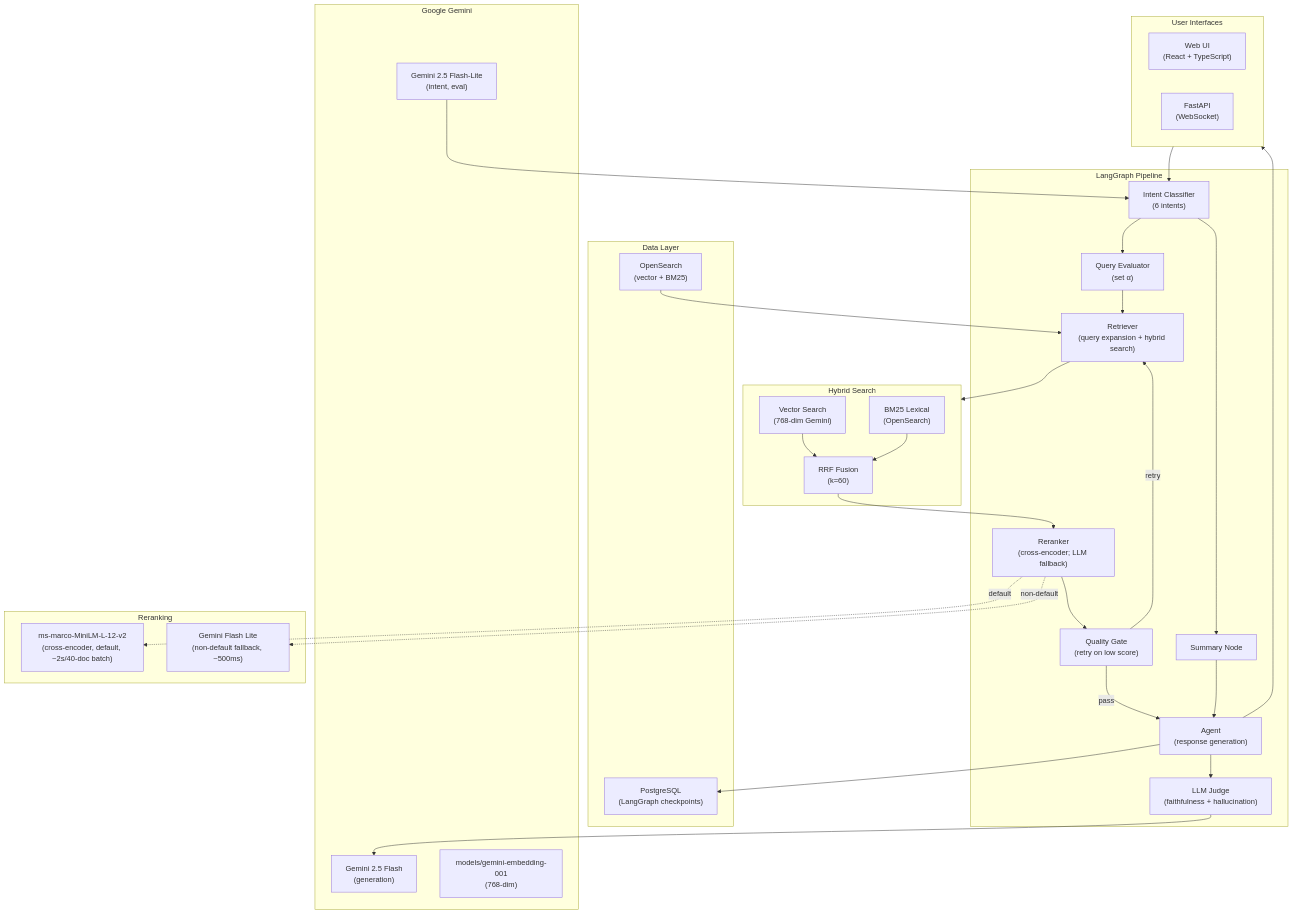
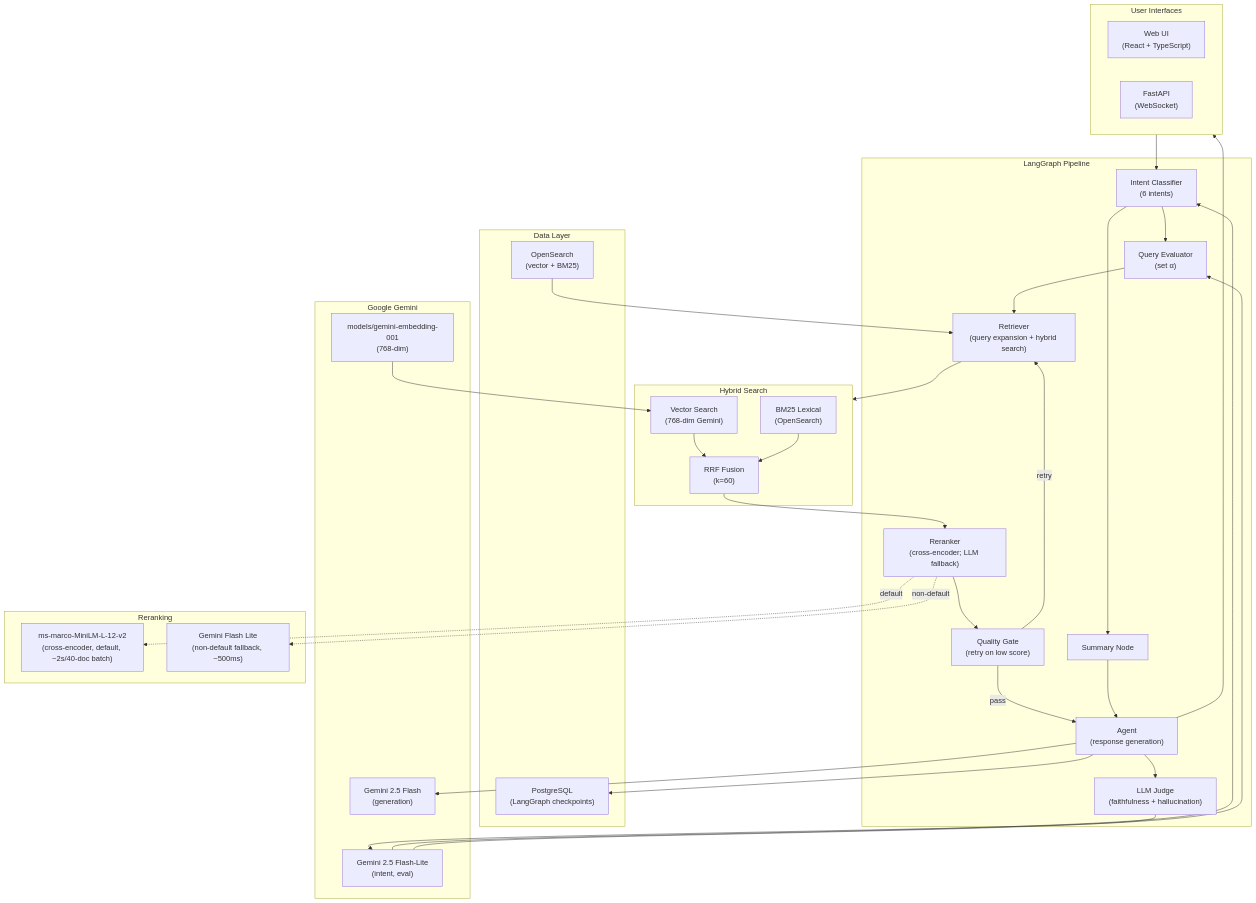
Before and after one commit to kmwtechnology/opensearch2026-agentic-search: the diagram in README.md, drawn with Mermaid.

Commit message:
Fix remaining model-wiring errors in the README's system diagram
JUDGE->LLM implied the LLM Judge uses the generation model; it actually
uses JUDGE_MODEL (gemini-2.5-flash-lite, same class as CLASSIFIER) per
quality/judge.py's LLMJudge default and pipeline_nodes.py:2430. Fixed to
JUDGE->CLASSIFIER, and added the AGENT->LLM edge that was missing even
though agent_node's response generation genuinely calls self.llm
(LLM_MODEL). Also wired the previously-orphaned EMB and QE nodes
(EMB->VS, CLASSIFIER->QE) since query evaluation shares the same
QUERY_EVAL_MODEL instance as intent classification (main.py:299-307).

````diff
--- a/README.md
+++ b/README.md
@@ -112,61 +112,64 @@
 ```mermaid
 flowchart TB
     subgraph UI["User Interfaces"]
         WEB["Web UI<br/>(React + TypeScript)"]
         API["FastAPI<br/>(WebSocket)"]
     end
 
     subgraph Pipeline["LangGraph Pipeline"]
         IC["Intent Classifier<br/>(6 intents)"]
         QE["Query Evaluator<br/>(set α)"]
         RET["Retriever<br/>(query expansion + hybrid search)"]
         RERANK["Reranker<br/>(cross-encoder; LLM fallback)"]
         QG["Quality Gate<br/>(retry on low score)"]
         SUM["Summary Node"]
         AGENT["Agent<br/>(response generation)"]
         JUDGE["LLM Judge<br/>(faithfulness + hallucination)"]
     end
 
     subgraph Search["Hybrid Search"]
         VS["Vector Search<br/>(768-dim Gemini)"]
         BM25["BM25 Lexical<br/>(OpenSearch)"]
         RRF["RRF Fusion<br/>(k=60)"]
     end
 
     subgraph Storage["Data Layer"]
         IDX["OpenSearch<br/>(vector + BM25)"]
         CHK["PostgreSQL<br/>(LangGraph checkpoints)"]
     end
 
     subgraph GoogleAI["Google Gemini"]
         LLM["Gemini 2.5 Flash<br/>(generation)"]
         CLASSIFIER["Gemini 2.5 Flash-Lite<br/>(intent, eval)"]
         EMB["models/gemini-embedding-001<br/>(768-dim)"]
     end
 
     subgraph Reranking["Reranking"]
         CE["ms-marco-MiniLM-L-12-v2<br/>(cross-encoder, default, ~2s/40-doc batch)"]
         LLMR["Gemini Flash Lite<br/>(non-default fallback, ~500ms)"]
     end
 
     UI --> IC
     IC --> QE
     IC --> SUM
     QE --> RET
     RET --> Search
+    EMB --> VS
     VS --> RRF
     BM25 --> RRF
     RRF --> RERANK
     RERANK -.->|default| CE
     RERANK -.->|non-default| LLMR
     RERANK --> QG
     QG -->|retry| RET
     QG -->|pass| AGENT
     SUM --> AGENT
+    AGENT --> LLM
     AGENT --> JUDGE
-    JUDGE --> LLM
+    JUDGE --> CLASSIFIER
     AGENT --> UI
     AGENT --> CHK
     IDX --> RET
     CLASSIFIER --> IC
+    CLASSIFIER --> QE
 ```
````
